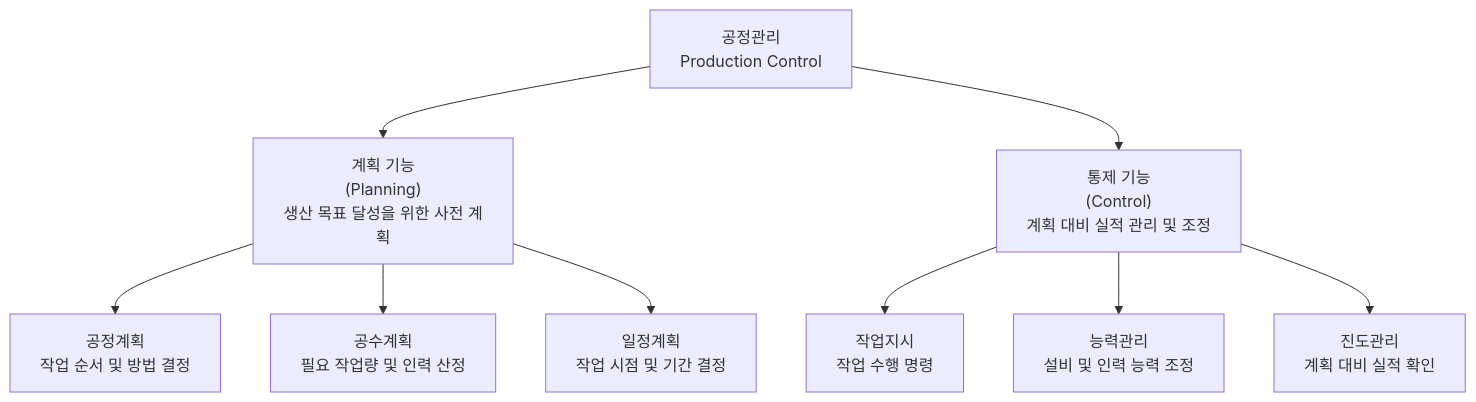
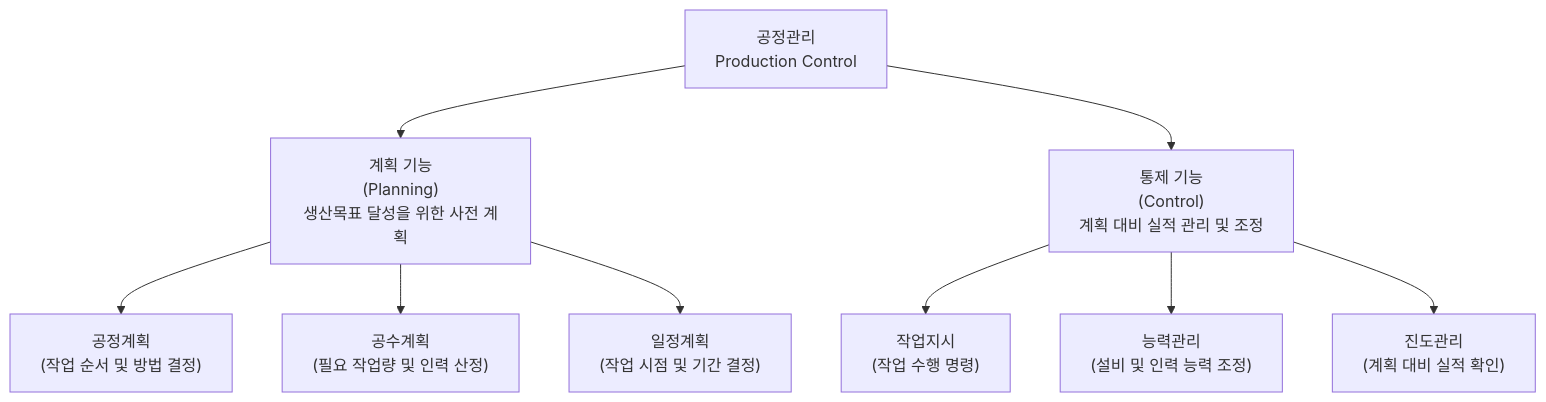
One commit to yeonkyupark/pepc3e changed the fourth of 4 diagrams in docs/0301_production_planning.md. Above: the diagram before and after it, drawn with Mermaid. The commit also changed other lines of this file, not shown here.

````diff
--- a/docs/0301_production_planning.md
+++ b/docs/0301_production_planning.md
@@ -383,17 +413,17 @@
 ```mermaid
 flowchart TD
 
     A["공정관리<br/>Production Control"]
 
-    A --> B["계획 기능<br/>(Planning)<br/>생산 목표 달성을 위한 사전 계획"]
+    A --> B["계획 기능<br/>(Planning)<br/>생산목표 달성을 위한 사전 계획"]
 
     A --> C["통제 기능<br/>(Control)<br/>계획 대비 실적 관리 및 조정"]
 
-    B --> B1["공정계획<br/>작업 순서 및 방법 결정"]
-    B --> B2["공수계획<br/>필요 작업량 및 인력 산정"]
-    B --> B3["일정계획<br/>작업 시점 및 기간 결정"]
+    B --> B1["공정계획<br/>(작업 순서 및 방법 결정)"]
+    B --> B2["공수계획<br/>(필요 작업량 및 인력 산정)"]
+    B --> B3["일정계획<br/>(작업 시점 및 기간 결정)"]
 
-    C --> C1["작업지시<br/>작업 수행 명령"]
-    C --> C2["능력관리<br/>설비 및 인력 능력 조정"]
-    C --> C3["진도관리<br/>계획 대비 실적 확인"]
+    C --> C1["작업지시<br/>(작업 수행 명령)"]
+    C --> C2["능력관리<br/>(설비 및 인력 능력 조정)"]
+    C --> C3["진도관리<br/>(계획 대비 실적 확인)"]
 ```
````
